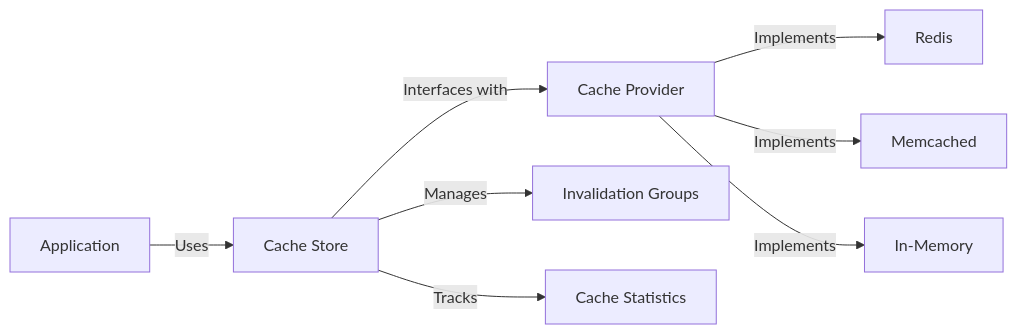
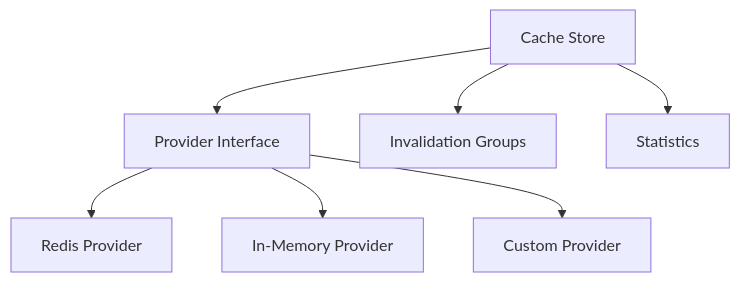
One commit to ersanyamarya/clean-stack changed the diagram in apps/clean-docs/docs/platform-features/caching.md. Above: the diagram before and after it, drawn with Mermaid. The commit also changed other lines of this file and 16 other files, not shown here.

````diff
--- a/apps/clean-docs/docs/platform-features/caching.md
+++ b/apps/clean-docs/docs/platform-features/caching.md
@@ -20,10 +13,9 @@
 ```mermaid
-graph LR
-    A[Application] -->|Uses| B[Cache Store]
-    B -->|Interfaces with| C[Cache Provider]
-    C -->|Implements| D[Redis]
-    C -->|Implements| E[Memcached]
-    C -->|Implements| F[In-Memory]
-    B -->|Manages| G[Invalidation Groups]
-    B -->|Tracks| H[Cache Statistics]
+graph TD
+    A[Cache Store] --> B[Provider Interface]
+    B --> C[Redis Provider]
+    B --> D[In-Memory Provider]
+    B --> E[Custom Provider]
+    A --> F[Invalidation Groups]
+    A --> G[Statistics]
 ```
````
